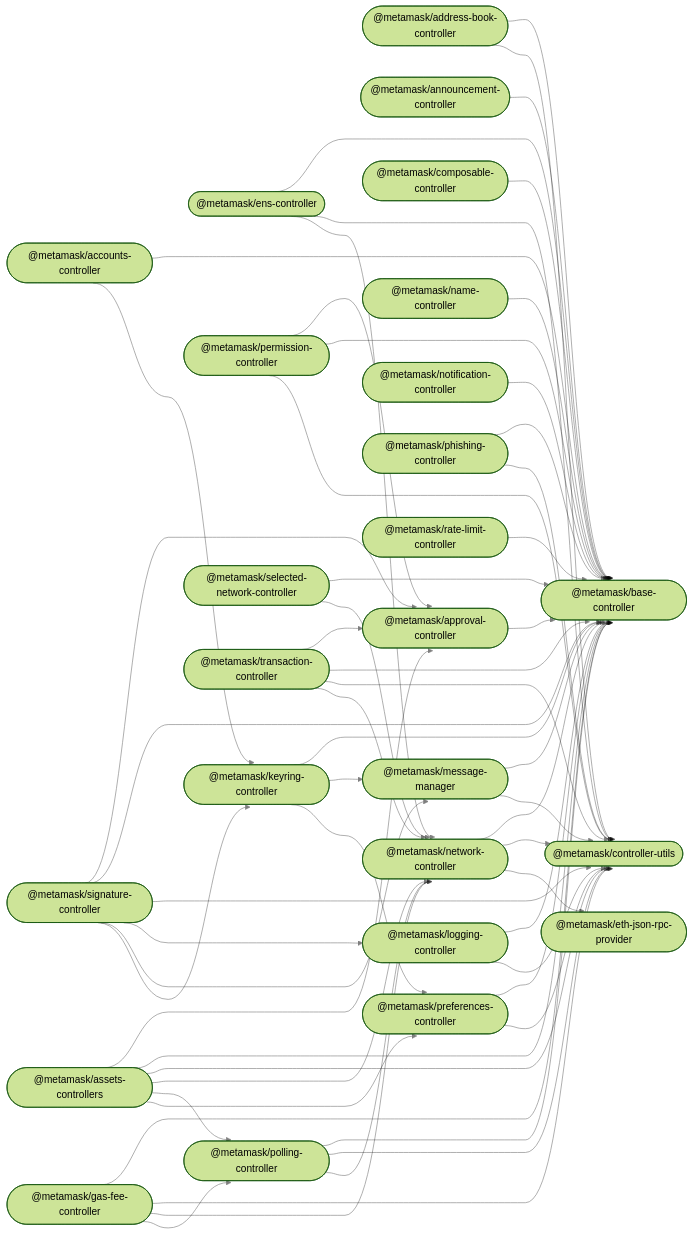
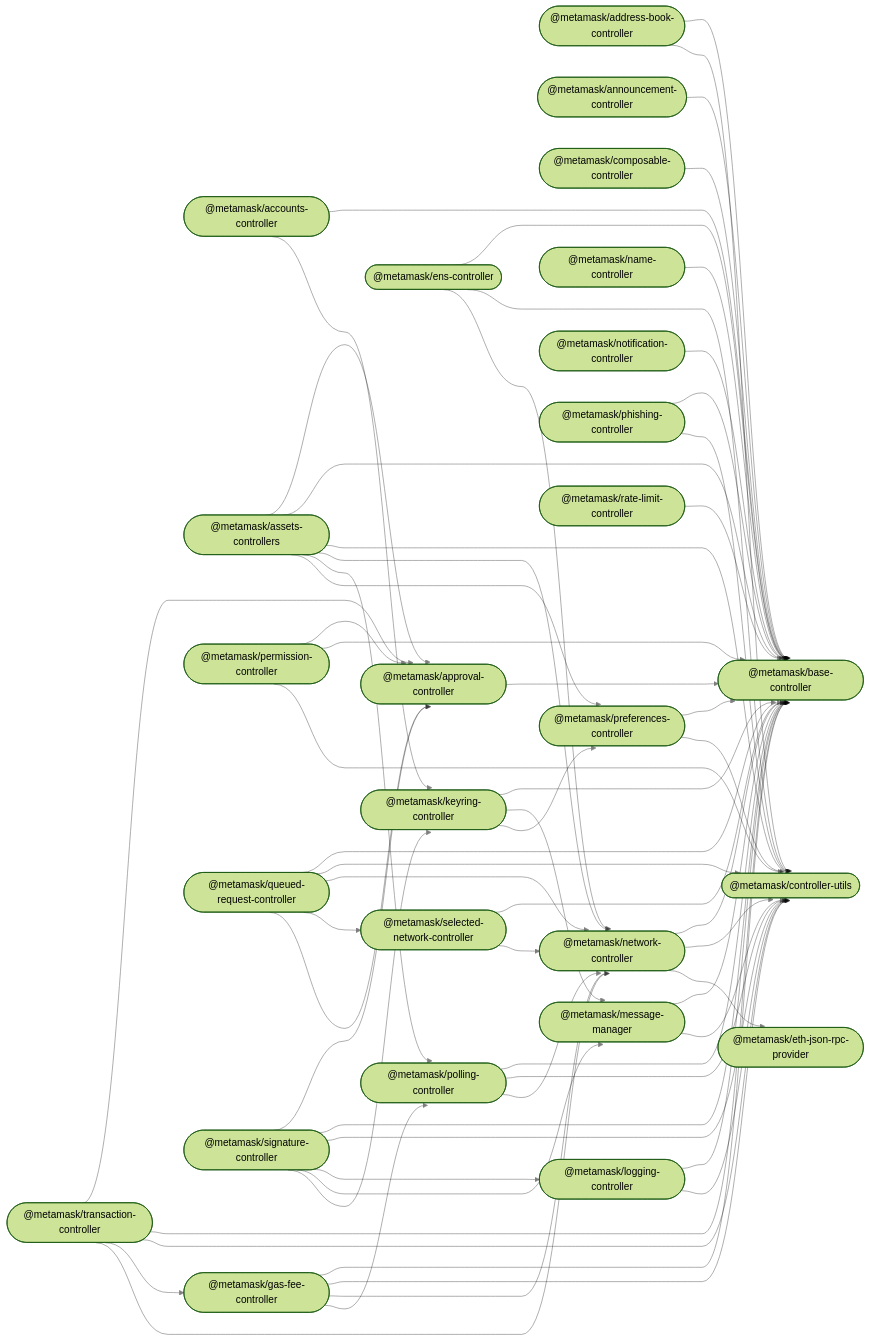
Before and after one commit to MetaMask/core: the diagram in README.md, drawn with Mermaid (forest theme).

Commit message:
generate-dependency-graph

````diff
--- a/README.md
+++ b/README.md
@@ -62,6 +62,7 @@
   phishing_controller(["@metamask/phishing-controller"]);
   polling_controller(["@metamask/polling-controller"]);
   preferences_controller(["@metamask/preferences-controller"]);
+  queued_request_controller(["@metamask/queued-request-controller"]);
   rate_limit_controller(["@metamask/rate-limit-controller"]);
   selected_network_controller(["@metamask/selected-network-controller"]);
   signature_controller(["@metamask/signature-controller"]);
@@ -108,6 +109,11 @@
   polling_controller --> network_controller;
   preferences_controller --> base_controller;
   preferences_controller --> controller_utils;
+  queued_request_controller --> base_controller;
+  queued_request_controller --> controller_utils;
+  queued_request_controller --> network_controller;
+  queued_request_controller --> selected_network_controller;
+  queued_request_controller --> approval_controller;
   rate_limit_controller --> base_controller;
   selected_network_controller --> base_controller;
   selected_network_controller --> network_controller;
@@ -120,5 +126,6 @@
   transaction_controller --> approval_controller;
   transaction_controller --> base_controller;
   transaction_controller --> controller_utils;
+  transaction_controller --> gas_fee_controller;
   transaction_controller --> network_controller;
 ```
````
